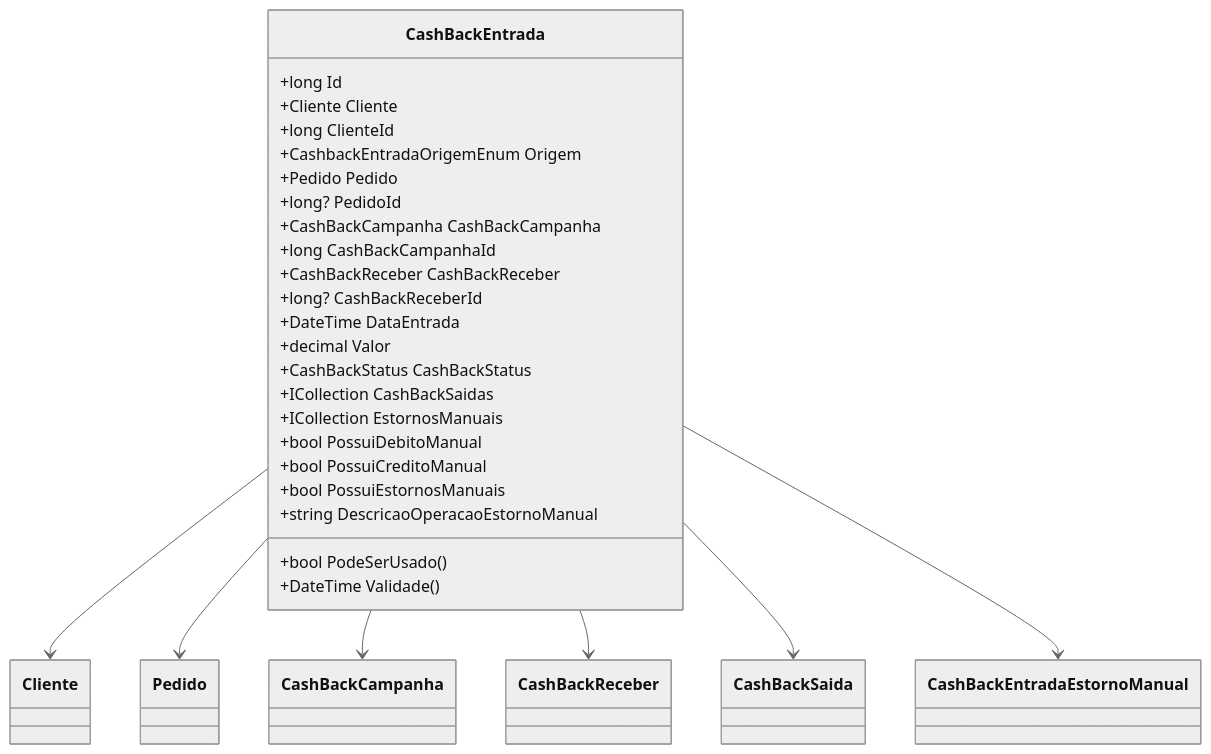
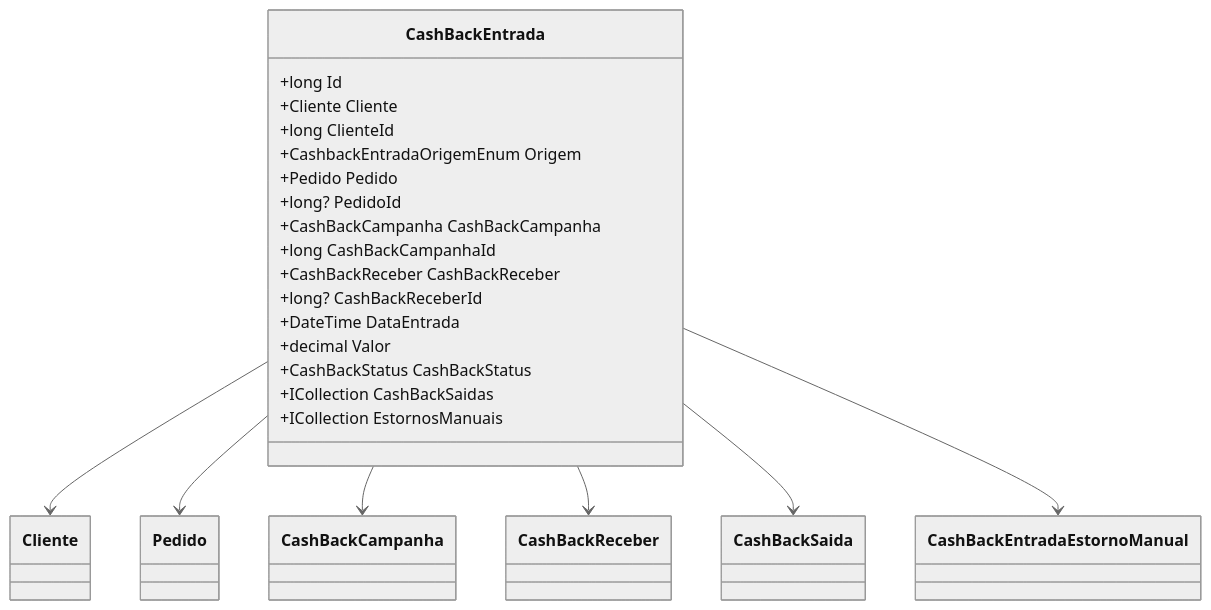
The third of 3 diagrams in docs/b2b-dominio/IsthmusWinthor.Nucleo/IsthmusWinthor.Dominio/Entidades/CashBackEntrada.md (IsthmusSistemas/documentacao-tecnica), drawn with Mermaid (neutral theme) before and after one commit. The commit also changed other lines of this file and 882 other files, not shown here.

````diff
--- a/docs/b2b-dominio/IsthmusWinthor.Nucleo/IsthmusWinthor.Dominio/Entidades/CashBackEntrada.md
+++ b/docs/b2b-dominio/IsthmusWinthor.Nucleo/IsthmusWinthor.Dominio/Entidades/CashBackEntrada.md
@@ -67,40 +78,27 @@
 ```mermaid
 classDiagram
     class CashBackEntrada {
         +long Id
         +Cliente Cliente
         +long ClienteId
         +CashbackEntradaOrigemEnum Origem
         +Pedido Pedido
         +long? PedidoId
         +CashBackCampanha CashBackCampanha
         +long CashBackCampanhaId
         +CashBackReceber CashBackReceber
         +long? CashBackReceberId
         +DateTime DataEntrada
         +decimal Valor
         +CashBackStatus CashBackStatus
         +ICollection<CashBackSaida> CashBackSaidas
         +ICollection<CashBackEntradaEstornoManual> EstornosManuais
-        +bool PossuiDebitoManual
-        +bool PossuiCreditoManual
-        +bool PossuiEstornosManuais
-        +string DescricaoOperacaoEstornoManual
-        +bool PodeSerUsado()
-        +DateTime Validade()
     }
-
-    class Cliente {}
-    class Pedido {}
-    class CashBackCampanha {}
-    class CashBackReceber {}
-    class CashBackSaida {}
-    class CashBackEntradaEstornoManual {}
     
     CashBackEntrada --> Cliente
     CashBackEntrada --> Pedido
     CashBackEntrada --> CashBackCampanha
     CashBackEntrada --> CashBackReceber
     CashBackEntrada --> CashBackSaida
     CashBackEntrada --> CashBackEntradaEstornoManual
 ```
````
